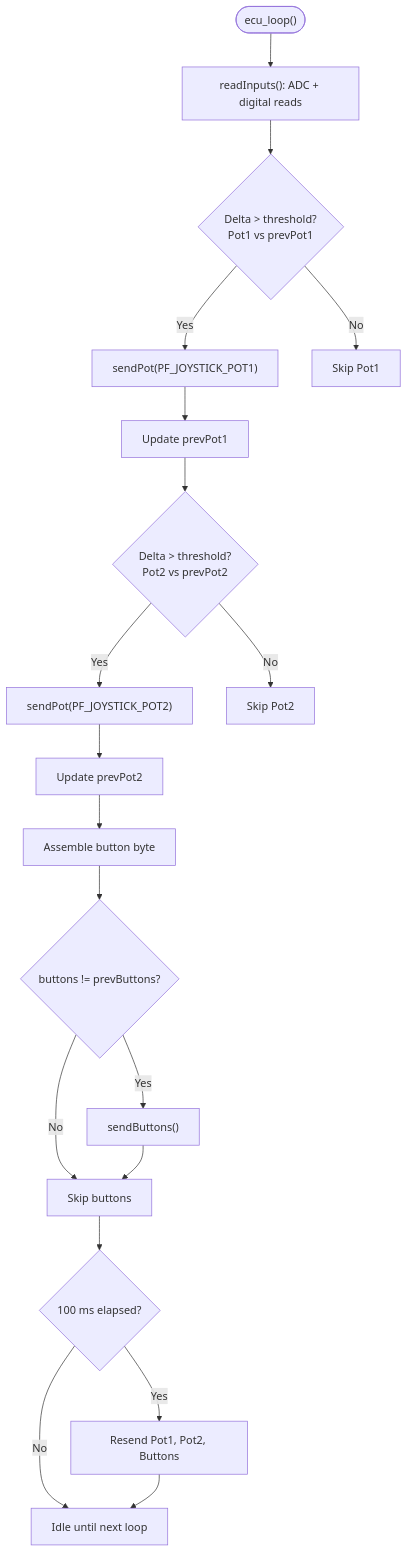
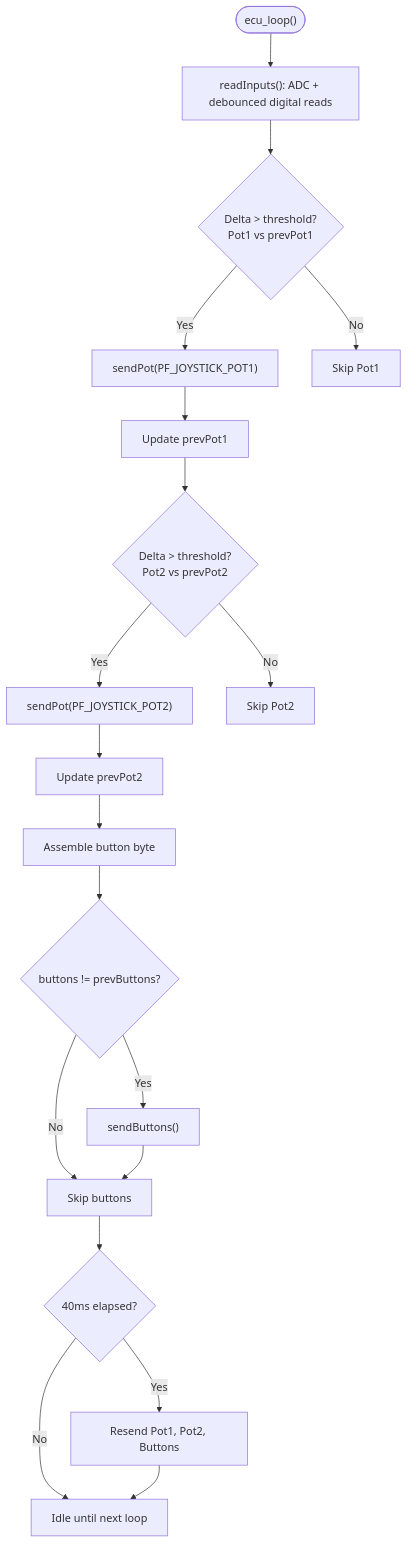
The fourth of 9 diagrams in .qoder/repowiki/en/content/ECU Implementations/Joystick ECU/Joystick ECU.md (gunicsba/ESP_CAN_ECU_joystick_collection), drawn with Mermaid before and after one commit. The commit also changed other lines of this file and 15 other files, not shown here.

````diff
--- a/.qoder/repowiki/en/content/ECU Implementations/Joystick ECU/Joystick ECU.md
+++ b/.qoder/repowiki/en/content/ECU Implementations/Joystick ECU/Joystick ECU.md
@@ -112,21 +156,21 @@
 ```mermaid
 flowchart TD
-Start(["ecu_loop()"]) --> Read["readInputs(): ADC + digital reads"]
+Start(["ecu_loop()"]) --> Read["readInputs(): ADC + debounced digital reads"]
 Read --> ComparePot1{"Delta > threshold?<br/>Pot1 vs prevPot1"}
 ComparePot1 --> |Yes| SendPot1["sendPot(PF_JOYSTICK_POT1)"]
 ComparePot1 --> |No| Next1["Skip Pot1"]
 SendPot1 --> Next2["Update prevPot1"]
 Next2 --> ComparePot2{"Delta > threshold?<br/>Pot2 vs prevPot2"}
 ComparePot2 --> |Yes| SendPot2["sendPot(PF_JOYSTICK_POT2)"]
 ComparePot2 --> |No| Next3["Skip Pot2"]
 SendPot2 --> Next4["Update prevPot2"]
 Next4 --> Buttons["Assemble button byte"]
 Buttons --> ButtonsChanged{"buttons != prevButtons?"}
 ButtonsChanged --> |Yes| SendBtns["sendButtons()"]
 ButtonsChanged --> |No| Next5["Skip buttons"]
 SendBtns --> Next5
-Next5 --> Periodic{"100 ms elapsed?"}
+Next5 --> Periodic{"40ms elapsed?"}
 Periodic --> |Yes| Resend["Resend Pot1, Pot2, Buttons"]
 Periodic --> |No| Wait["Idle until next loop"]
 Resend --> Wait
 ```
````
